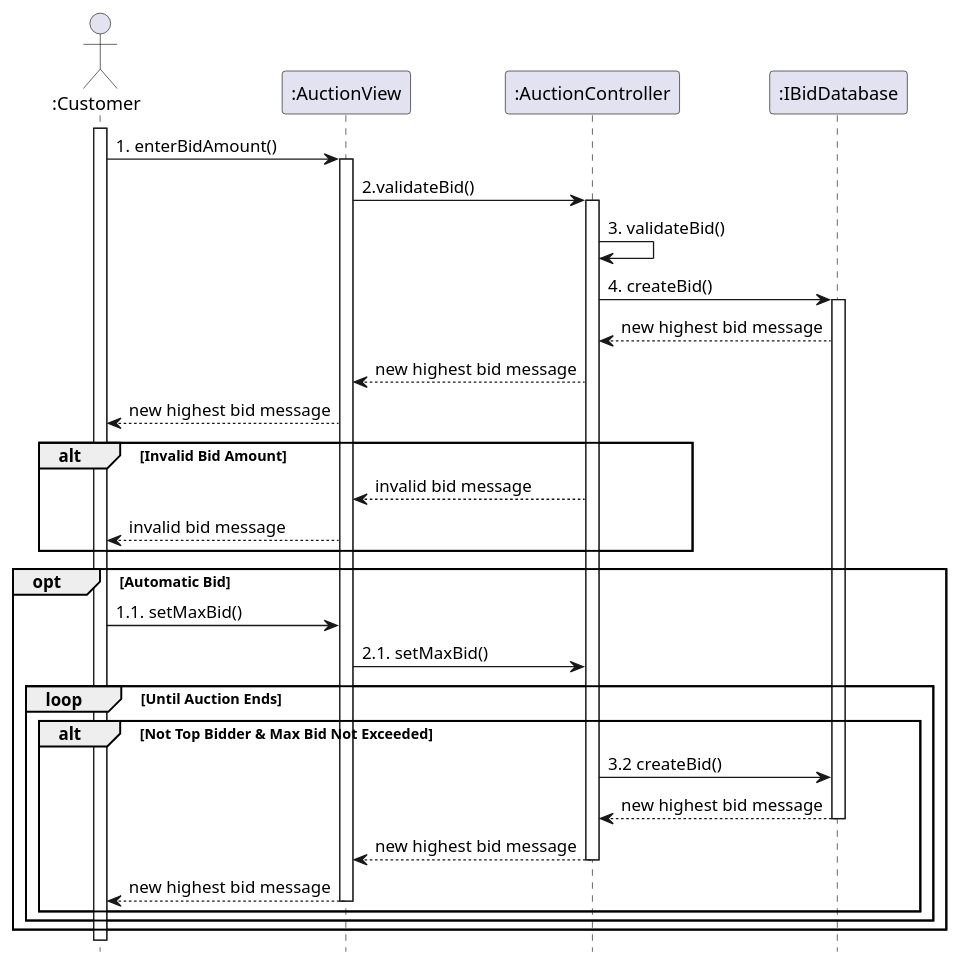
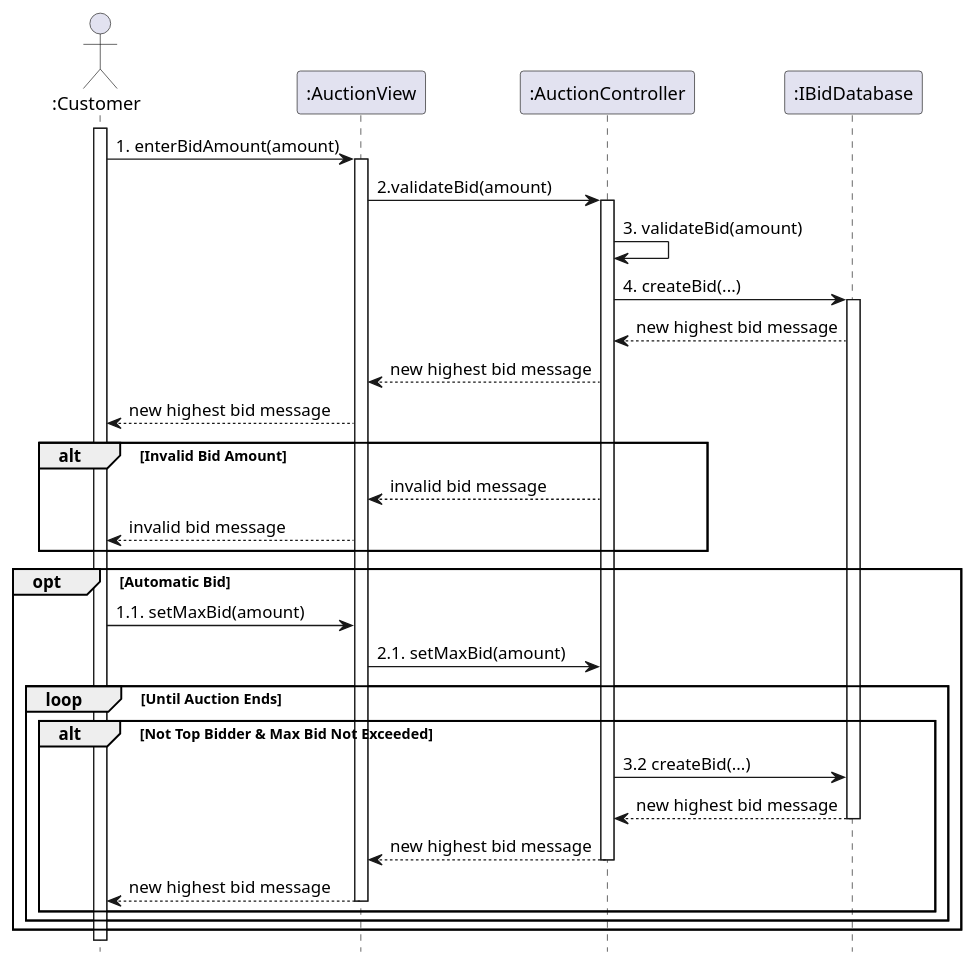
One commit to anhbanlinhle/velocity-exchange changed the diagram in uml/design/sequence/linh/place_bid.pu. Above: the diagram before and after it, drawn with PlantUML.

Commit message:
doc[lynn]: design sequence no. 18

```diff
--- a/uml/design/sequence/linh/place_bid.pu
+++ b/uml/design/sequence/linh/place_bid.pu
@@ -1,43 +1,43 @@
 @startuml UC_18
 hide footbox
 
 
 actor ":Customer" as Customer
 participant ":AuctionView" as AuctionView
 participant ":AuctionController" as AuctionController
 participant ":IBidDatabase" as Bid
 Customer ++
-  Customer -> AuctionView : 1. enterBidAmount()
+  Customer -> AuctionView : 1. enterBidAmount(amount)
   activate AuctionView
-    AuctionView -> AuctionController : 2.validateBid()
+    AuctionView -> AuctionController : 2.validateBid(amount)
     activate AuctionController
-      AuctionController -> AuctionController : 3. validateBid()
-      AuctionController -> Bid : 4. createBid()
+      AuctionController -> AuctionController : 3. validateBid(amount)
+      AuctionController -> Bid : 4. createBid(...)
       activate Bid
         Bid --> AuctionController : new highest bid message
 
       AuctionController --> AuctionView : new highest bid message
     AuctionView --> Customer : new highest bid message
 
 alt Invalid Bid Amount
   AuctionController --> AuctionView : invalid bid message
     AuctionView --> Customer : invalid bid message
 end
 
 opt Automatic Bid
-    Customer -> AuctionView : 1.1. setMaxBid()
-      AuctionView -> AuctionController : 2.1. setMaxBid()
+    Customer -> AuctionView : 1.1. setMaxBid(amount)
+      AuctionView -> AuctionController : 2.1. setMaxBid(amount)
     loop Until Auction Ends
       alt Not Top Bidder & Max Bid Not Exceeded
-        AuctionController -> Bid : 3.2 createBid()
+        AuctionController -> Bid : 3.2 createBid(...)
           Bid --> AuctionController : new highest bid message
         deactivate Bid
           AuctionController --> AuctionView : new highest bid message
         deactivate AuctionController
           AuctionView --> Customer : new highest bid message
         deactivate AuctionView
       end
     end
 end
 
 @enduml
```
